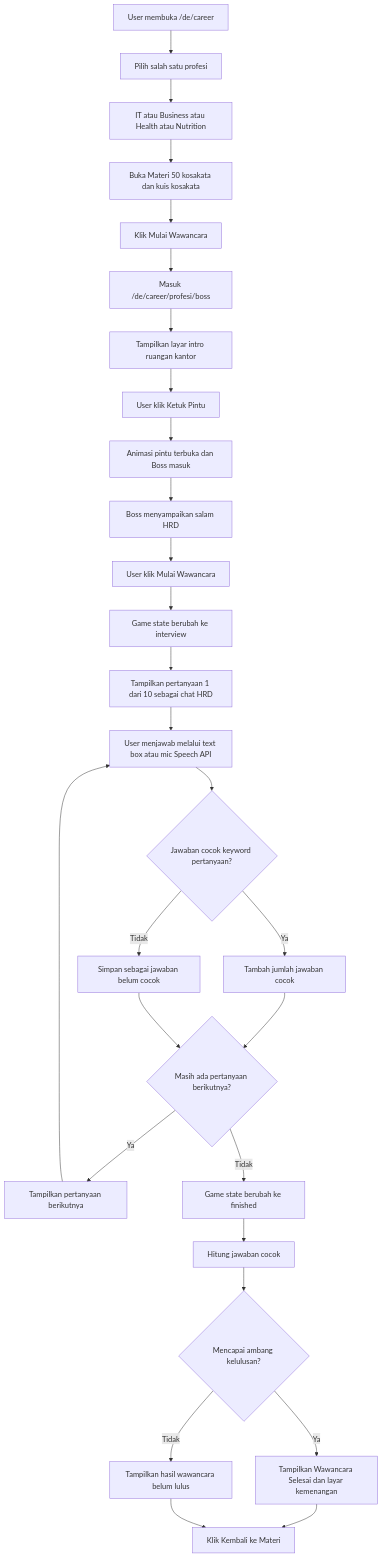
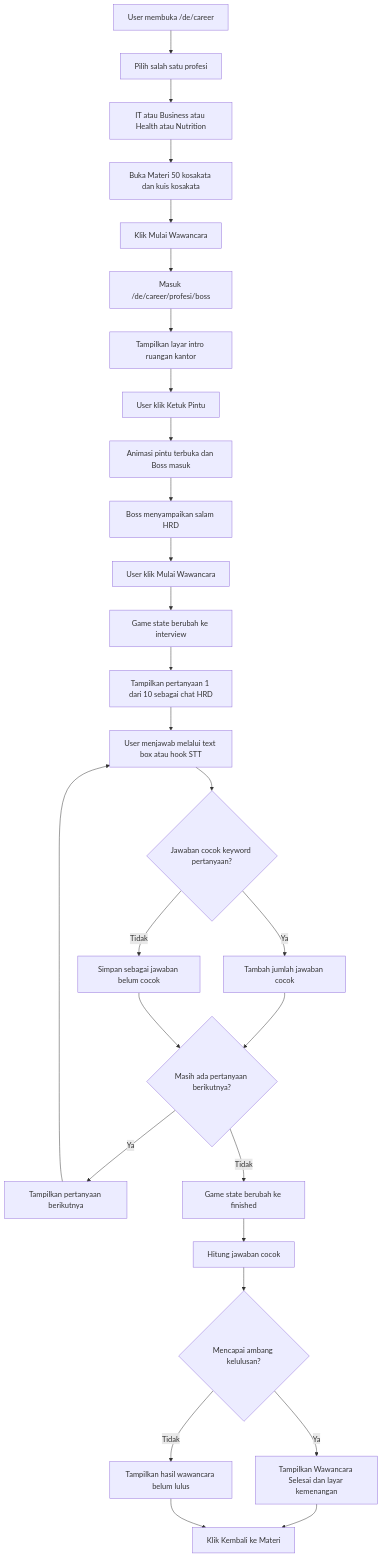
One commit to nandayudhistirawibowo/NdUniverse changed the tenth of 17 diagrams in FLOWCHART.md. Above: the diagram before and after it, drawn with Mermaid. The commit also changed other lines of this file and 11 other files, not shown here.

````diff
--- a/FLOWCHART.md
+++ b/FLOWCHART.md
@@ -170,30 +170,30 @@
 ```mermaid
 flowchart TD
     A[User membuka /de/career] --> B[Pilih salah satu profesi]
     B --> C[IT atau Business atau Health atau Nutrition]
     C --> D[Buka Materi 50 kosakata dan kuis kosakata]
     D --> E[Klik Mulai Wawancara]
     E --> F[Masuk /de/career/profesi/boss]
     F --> G[Tampilkan layar intro ruangan kantor]
     G --> H[User klik Ketuk Pintu]
     H --> I[Animasi pintu terbuka dan Boss masuk]
     I --> J[Boss menyampaikan salam HRD]
     J --> K[User klik Mulai Wawancara]
     K --> L[Game state berubah ke interview]
     L --> M[Tampilkan pertanyaan 1 dari 10 sebagai chat HRD]
-    M --> N[User menjawab melalui text box atau mic Speech API]
+    M --> N[User menjawab melalui text box atau hook STT]
     N --> O{Jawaban cocok keyword pertanyaan?}
     O -->|Ya| P[Tambah jumlah jawaban cocok]
     O -->|Tidak| Q[Simpan sebagai jawaban belum cocok]
     P --> R{Masih ada pertanyaan berikutnya?}
     Q --> R
     R -->|Ya| S[Tampilkan pertanyaan berikutnya]
     S --> N
     R -->|Tidak| T[Game state berubah ke finished]
     T --> U[Hitung jawaban cocok]
     U --> V{Mencapai ambang kelulusan?}
     V -->|Ya| W[Tampilkan Wawancara Selesai dan layar kemenangan]
     V -->|Tidak| X[Tampilkan hasil wawancara belum lulus]
     W --> Y[Klik Kembali ke Materi]
     X --> Y
 ```
````
